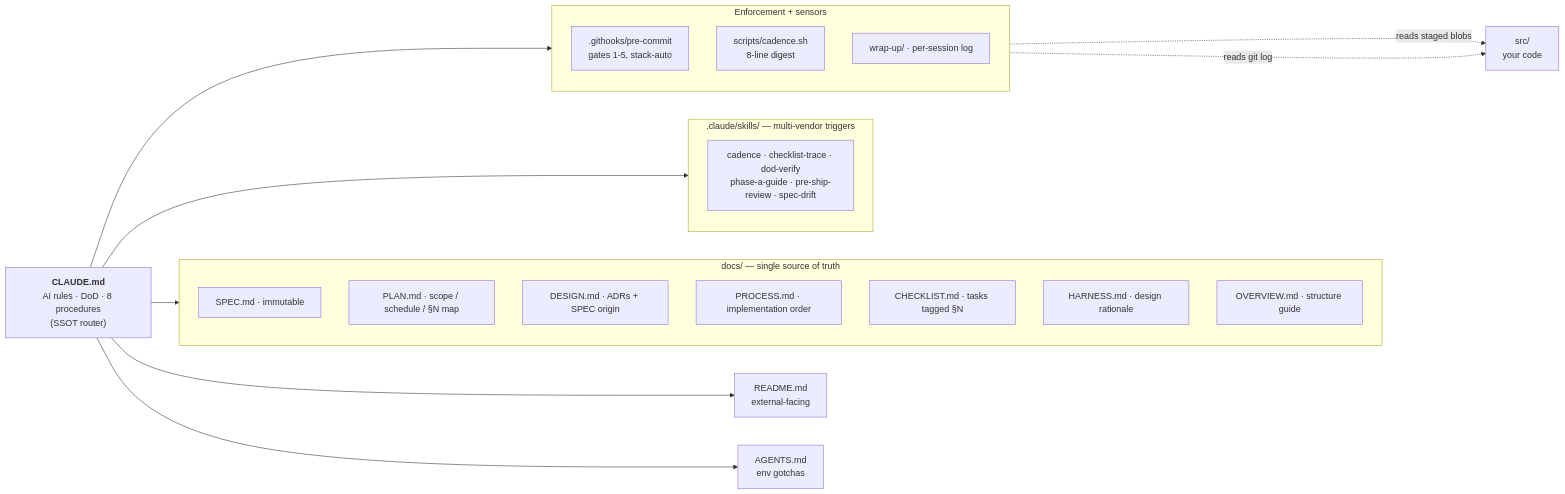
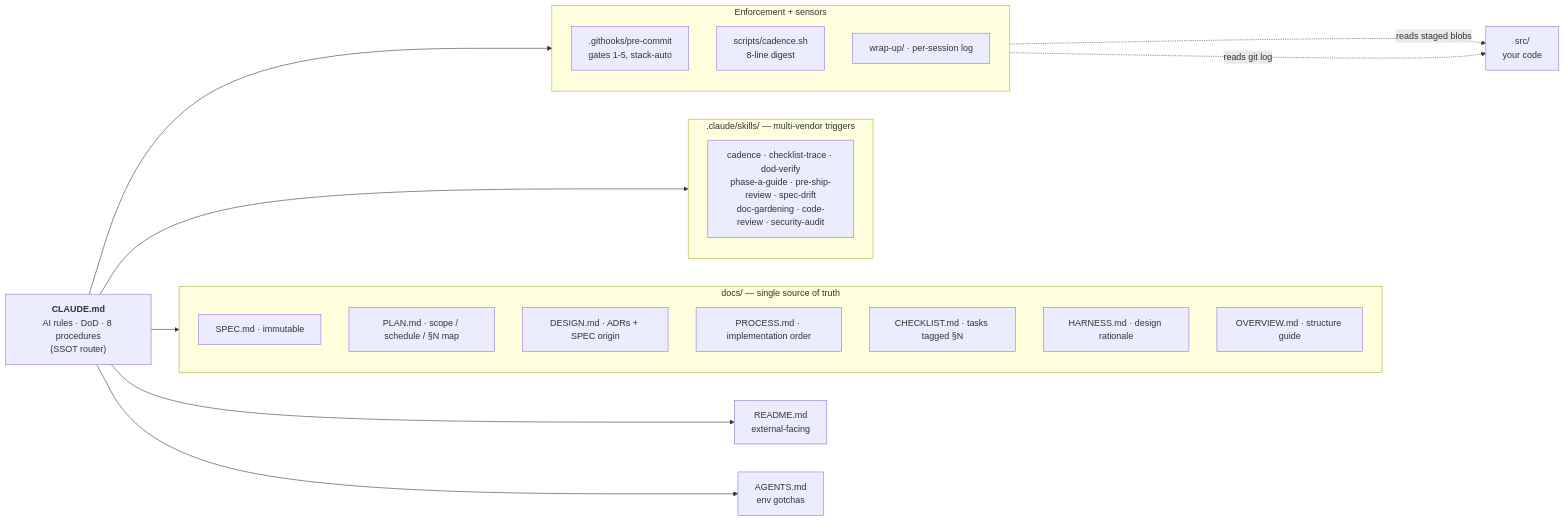
The third of 4 diagrams in docs/OVERVIEW.md (JayKim88/craft-kit), drawn with Mermaid before and after one commit. The commit also changed other lines of this file and 8 other files, not shown here.

First line of the commit message:
feat(kit): add procedure 9 security audit with Phase E auto-run [§-]

````diff
--- a/docs/OVERVIEW.md
+++ b/docs/OVERVIEW.md
@@ -92,38 +92,38 @@
 ```mermaid
 flowchart LR
   CLAUDE["<b>CLAUDE.md</b><br/>AI rules · DoD · 8 procedures<br/>(SSOT router)"]
   README["README.md<br/>external-facing"]
   AGENTS["AGENTS.md<br/>env gotchas"]
   SRC["src/<br/>your code"]
 
   subgraph SSOT["docs/ — single source of truth"]
     direction TB
     SPEC["SPEC.md · immutable"]
     PLAN["PLAN.md · scope / schedule / §N map"]
     DESIGN["DESIGN.md · ADRs + SPEC origin"]
     PROCESS["PROCESS.md · implementation order"]
     CHECK["CHECKLIST.md · tasks tagged §N"]
     HARN["HARNESS.md · design rationale"]
     OVW["OVERVIEW.md · structure guide"]
   end
 
   subgraph SKILLS[".claude/skills/ — multi-vendor triggers"]
     direction TB
-    SK["cadence · checklist-trace · dod-verify<br/>phase-a-guide · pre-ship-review · spec-drift"]
+    SK["cadence · checklist-trace · dod-verify<br/>phase-a-guide · pre-ship-review · spec-drift<br/>doc-gardening · code-review · security-audit"]
   end
 
   subgraph EXEC["Enforcement + sensors"]
     direction TB
     HOOK[".githooks/pre-commit<br/>gates 1-5, stack-auto"]
     CAD["scripts/cadence.sh<br/>8-line digest"]
     WRAP["wrap-up/ · per-session log"]
   end
 
   CLAUDE --> SSOT
   CLAUDE --> SKILLS
   CLAUDE --> EXEC
   CLAUDE --> README
   CLAUDE --> AGENTS
   HOOK -. reads staged blobs .-> SRC
   CAD -. reads git log .-> SRC
 ```
````
